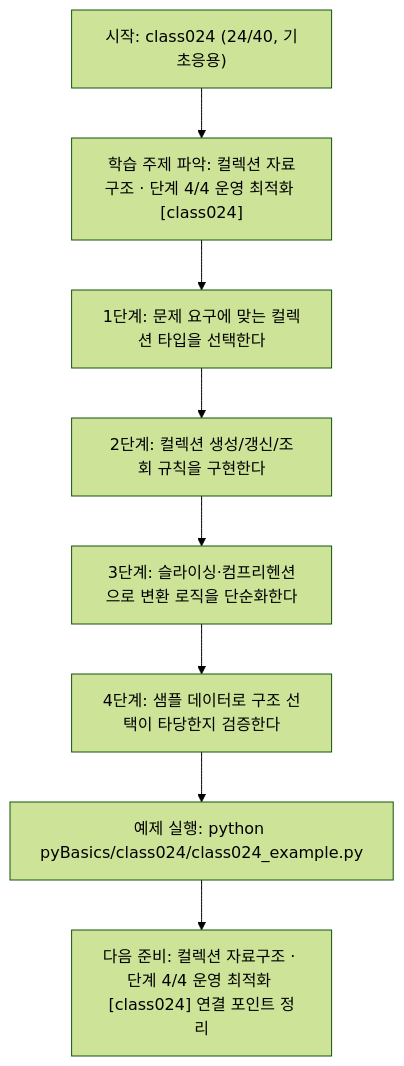
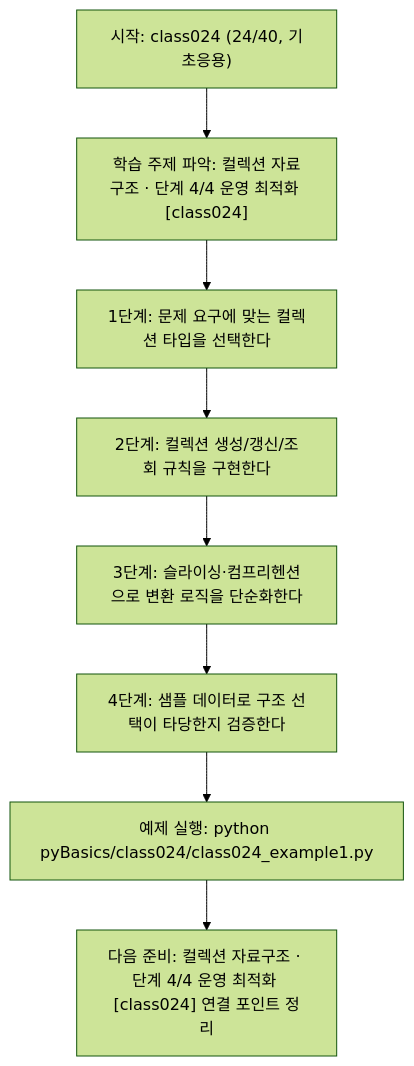
One commit to edumgt/Python-AI_Agent-Class changed the diagram in pyBasics/class024/class024.md. Above: the diagram before and after it, drawn with Mermaid (forest theme). The commit also changed other lines of this file and 2959 other files, not shown here.

````diff
--- a/pyBasics/class024/class024.md
+++ b/pyBasics/class024/class024.md
@@ -109,18 +109,18 @@
 ```mermaid
 flowchart TD
 N1["시작: class024 (24/40, 기초응용)"]
 N2["학습 주제 파악: 컬렉션 자료구조 · 단계 4/4 운영 최적화 [class024]"]
 N3["1단계: 문제 요구에 맞는 컬렉션 타입을 선택한다"]
 N4["2단계: 컬렉션 생성/갱신/조회 규칙을 구현한다"]
 N5["3단계: 슬라이싱·컴프리헨션으로 변환 로직을 단순화한다"]
 N6["4단계: 샘플 데이터로 구조 선택이 타당한지 검증한다"]
-N7["예제 실행: python pyBasics/class024/class024_example.py"]
+N7["예제 실행: python pyBasics/class024/class024_example1.py"]
 N8["다음 준비: 컬렉션 자료구조 · 단계 4/4 운영 최적화 [class024] 연결 포인트 정리"]
 N1 --> N2
 N2 --> N3
 N3 --> N4
 N4 --> N5
 N5 --> N6
 N6 --> N7
 N7 --> N8
 ```
````
